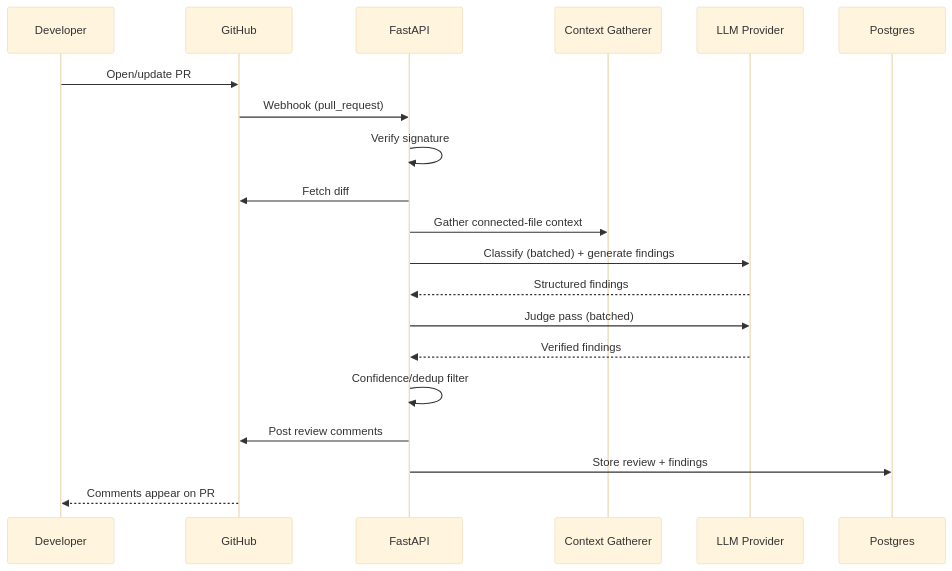
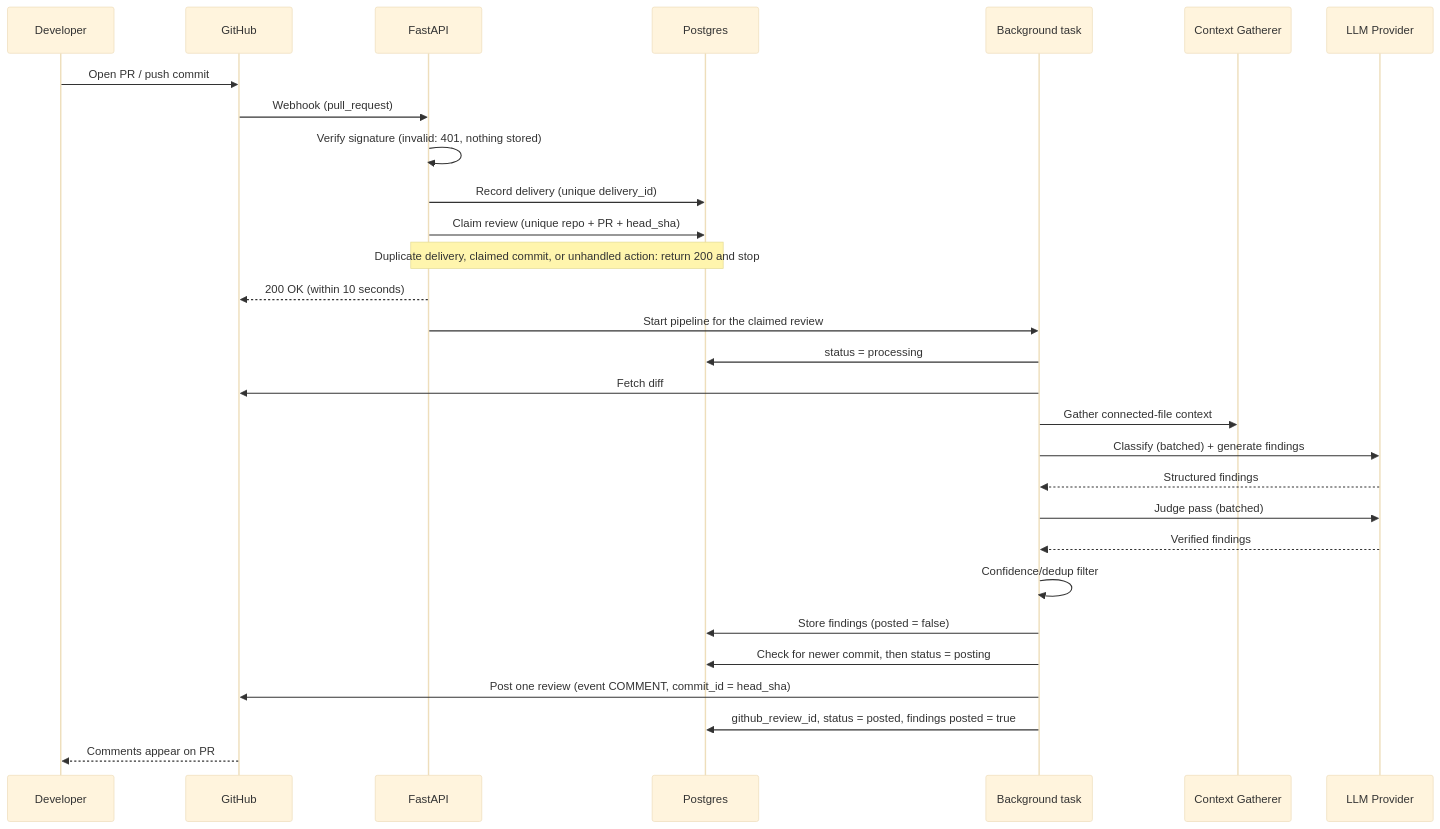
One commit to kaur-devs/PR-Review-Copilot changed the first of 2 diagrams in docs/09_LLD.md. Above: the diagram before and after it, drawn with Mermaid (base theme). The commit also changed other lines of this file and 6 other files, not shown here.

````diff
--- a/docs/09_LLD.md
+++ b/docs/09_LLD.md
@@ -47,23 +58,32 @@
 ```mermaid
 sequenceDiagram
     participant D as Developer
     participant GH as GitHub
     participant API as FastAPI
+    participant DB as Postgres
+    participant BG as Background task
     participant CTX as Context Gatherer
     participant LLM as LLM Provider
-    participant DB as Postgres
 
-    D->>GH: Open/update PR
+    D->>GH: Open PR / push commit
     GH->>API: Webhook (pull_request)
-    API->>API: Verify signature
-    API->>GH: Fetch diff
-    API->>CTX: Gather connected-file context
-    API->>LLM: Classify (batched) + generate findings
-    LLM-->>API: Structured findings
-    API->>LLM: Judge pass (batched)
-    LLM-->>API: Verified findings
-    API->>API: Confidence/dedup filter
-    API->>GH: Post review comments
-    API->>DB: Store review + findings
+    API->>API: Verify signature (invalid: 401, nothing stored)
+    API->>DB: Record delivery (unique delivery_id)
+    API->>DB: Claim review (unique repo + PR + head_sha)
+    Note over API,DB: Duplicate delivery, claimed commit, or unhandled action: return 200 and stop
+    API-->>GH: 200 OK (within 10 seconds)
+    API->>BG: Start pipeline for the claimed review
+    BG->>DB: status = processing
+    BG->>GH: Fetch diff
+    BG->>CTX: Gather connected-file context
+    BG->>LLM: Classify (batched) + generate findings
+    LLM-->>BG: Structured findings
+    BG->>LLM: Judge pass (batched)
+    LLM-->>BG: Verified findings
+    BG->>BG: Confidence/dedup filter
+    BG->>DB: Store findings (posted = false)
+    BG->>DB: Check for newer commit, then status = posting
+    BG->>GH: Post one review (event COMMENT, commit_id = head_sha)
+    BG->>DB: github_review_id, status = posted, findings posted = true
     GH-->>D: Comments appear on PR
 ```
````
